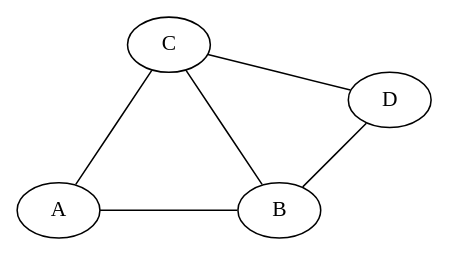
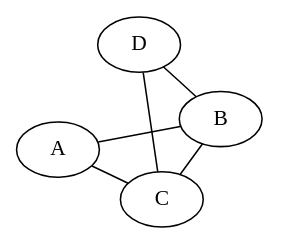
Before and after one commit to skojaku/adv-net-sci: the diagram in docs/lecture-note/m02-small-world/01-concepts.qmd, drawn with Graphviz. The commit also changed other lines of this file, not shown here.

Commit message:
Reduce DOT graph figure size for better layout
- Add fig-width: 3 and fig-height: 2.5 to make diagram more compact
- Improve document layout by reducing excessive white space
- Maintain readability while making content more space-efficient

🤖 Generated with [Claude Code](https://claude.ai/code)

````diff
--- a/docs/lecture-note/m02-small-world/01-concepts.qmd
+++ b/docs/lecture-note/m02-small-world/01-concepts.qmd
@@ -108,16 +108,13 @@
 ```{dot}
 //| fig-cap: "Simple network example for understanding shortest paths"
+//| fig-width: 3
+//| fig-height: 2.5
 graph G {
-  layout=neato
-  A [pos="0,0!"]
-  B [pos="2,0!"]
-  C [pos="1,1.5!"]
-  D [pos="3,1!"]
-  
+  layout=fdp
   A -- B;
   A -- C;
   B -- C;
   B -- D;
   C -- D;
 }
 ```
````
